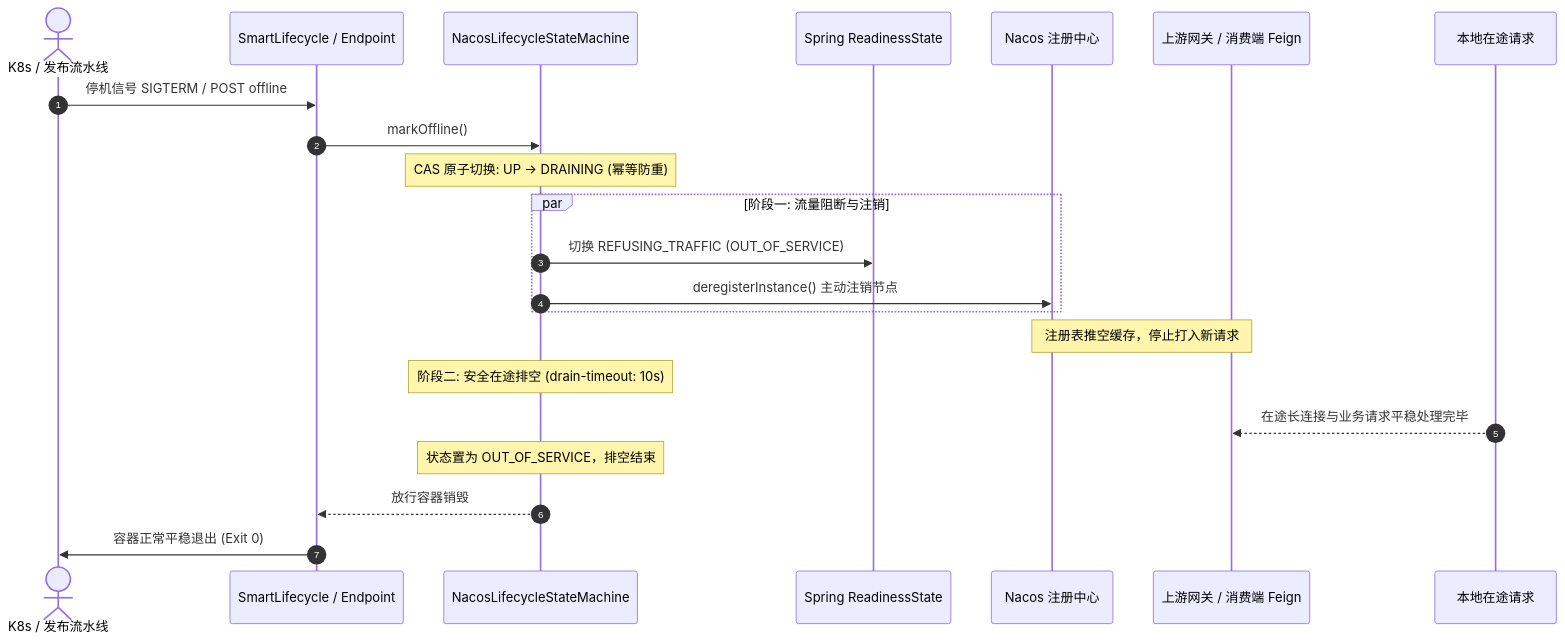
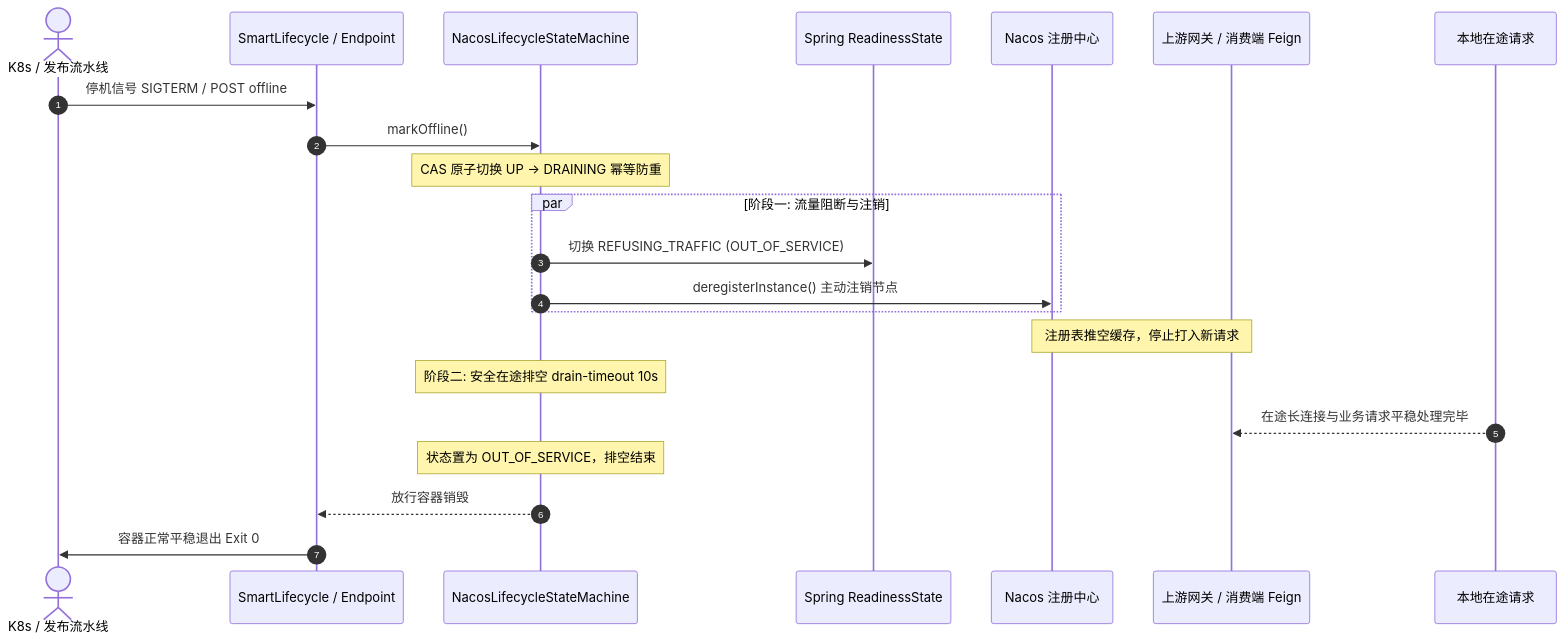
Before and after one commit to atengk/ateng-cloud: the second of 2 diagrams in ateng-cloud-nacos/README.md, drawn with Mermaid. The commit also changed other lines of this file and 3 other files, not shown here.

````diff
--- a/ateng-cloud-nacos/README.md
+++ b/ateng-cloud-nacos/README.md
@@ -175,25 +203,25 @@
 ```mermaid
 sequenceDiagram
     autonumber
     actor DevOps as K8s / 发布流水线
     participant Hook as SmartLifecycle / Endpoint
     participant SM as NacosLifecycleStateMachine
     participant Probe as Spring ReadinessState
     participant Nacos as Nacos 注册中心
     participant Client as 上游网关 / 消费端 Feign
     participant App as 本地在途请求
 
     DevOps->>Hook: 停机信号 SIGTERM / POST offline
     Hook->>SM: markOffline()
-    Note over SM: CAS 原子切换: UP -> DRAINING (幂等防重)
+    Note over SM: CAS 原子切换 UP -> DRAINING 幂等防重
     par 阶段一: 流量阻断与注销
         SM->>Probe: 切换 REFUSING_TRAFFIC (OUT_OF_SERVICE)
         SM->>Nacos: deregisterInstance() 主动注销节点
     end
     Note over Nacos,Client: 注册表推空缓存，停止打入新请求
-    Note over SM: 阶段二: 安全在途排空 (drain-timeout: 10s)
+    Note over SM: 阶段二: 安全在途排空 drain-timeout 10s
     App-->>Client: 在途长连接与业务请求平稳处理完毕
     Note over SM: 状态置为 OUT_OF_SERVICE，排空结束
     SM-->>Hook: 放行容器销毁
-    Hook->>DevOps: 容器正常平稳退出 (Exit 0)
+    Hook->>DevOps: 容器正常平稳退出 Exit 0
 ```
````
